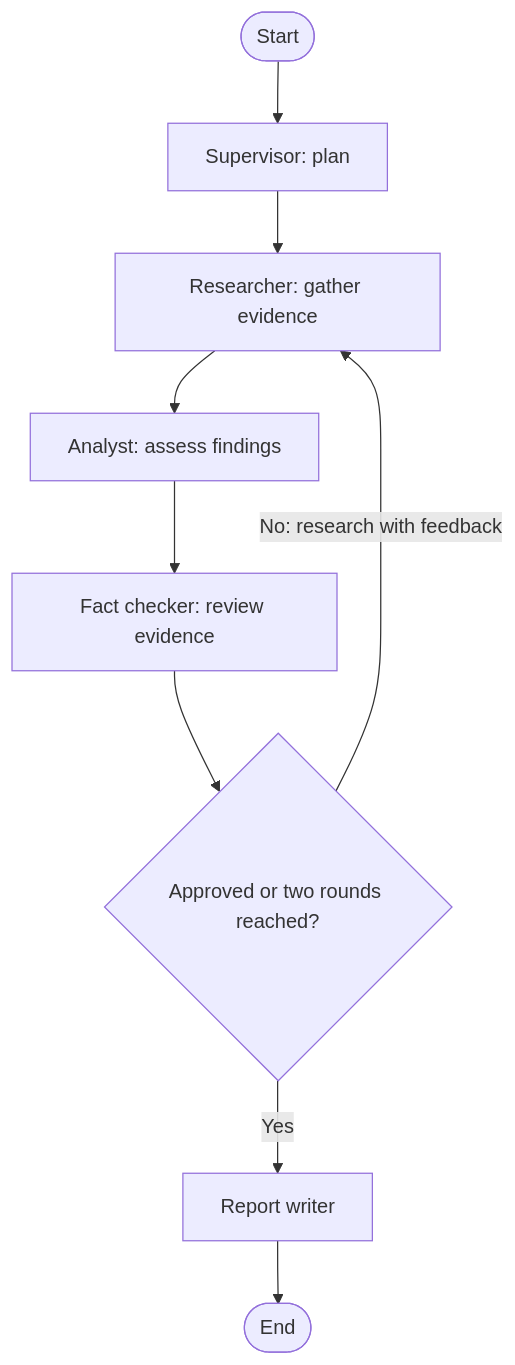
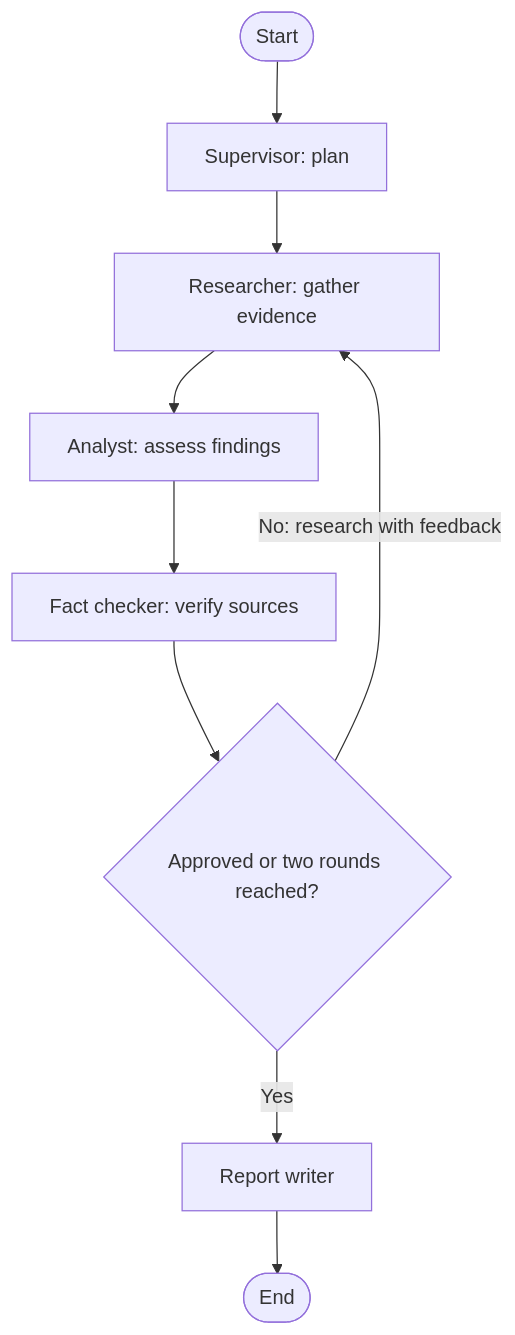
Before and after one commit to OmarShemis/researchgraph: the diagram in README.md, drawn with Mermaid. The commit also changed other lines of this file and 3 other files, not shown here.

Commit message:
Give fact checker a Deep Agent with MCP verification tools

````diff
--- a/README.md
+++ b/README.md
@@ -36,11 +37,11 @@
 ```mermaid
 flowchart TD
     Start([Start]) --> Supervisor[Supervisor: plan]
     Supervisor --> Researcher[Researcher: gather evidence]
     Researcher --> Analyst[Analyst: assess findings]
-    Analyst --> Checker[Fact checker: review evidence]
+    Analyst --> Checker[Fact checker: verify sources]
     Checker --> Decision{Approved or two rounds reached?}
     Decision -- No: research with feedback --> Researcher
     Decision -- Yes --> Writer[Report writer]
     Writer --> Finish([End])
 ```
````
